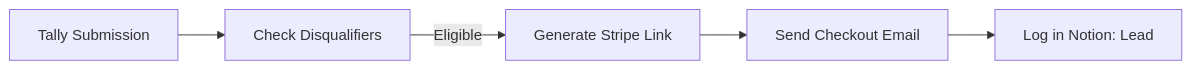
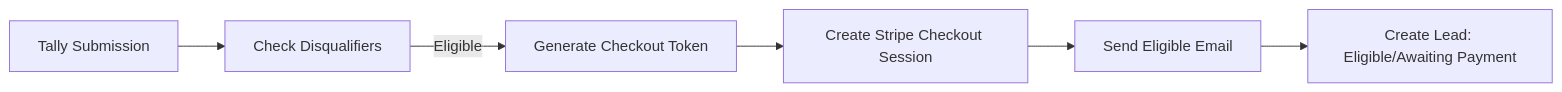
The first of 3 diagrams in products/collapse_ready_sprint/templates/eligibility_gate_spec.md (CrisisCore-Systems/node-null-control), drawn with Mermaid before and after one commit. The commit also changed other lines of this file and 3 other files, not shown here.

````diff
--- a/products/collapse_ready_sprint/templates/eligibility_gate_spec.md
+++ b/products/collapse_ready_sprint/templates/eligibility_gate_spec.md
@@ -208,7 +190,8 @@
 ```mermaid
 flowchart LR
     Tally[Tally Submission] --> Check[Check Disqualifiers]
-    Check -->|Eligible| Stripe[Generate Stripe Link]
-    Stripe --> Email[Send Checkout Email]
-    Email --> Track[Log in Notion: Lead]
+    Check -->|Eligible| Token[Generate Checkout Token]
+    Token --> Stripe[Create Stripe Checkout Session]
+    Stripe --> Email[Send Eligible Email]
+    Email --> Notion[Create Lead: Eligible/Awaiting Payment]
 ```
````
